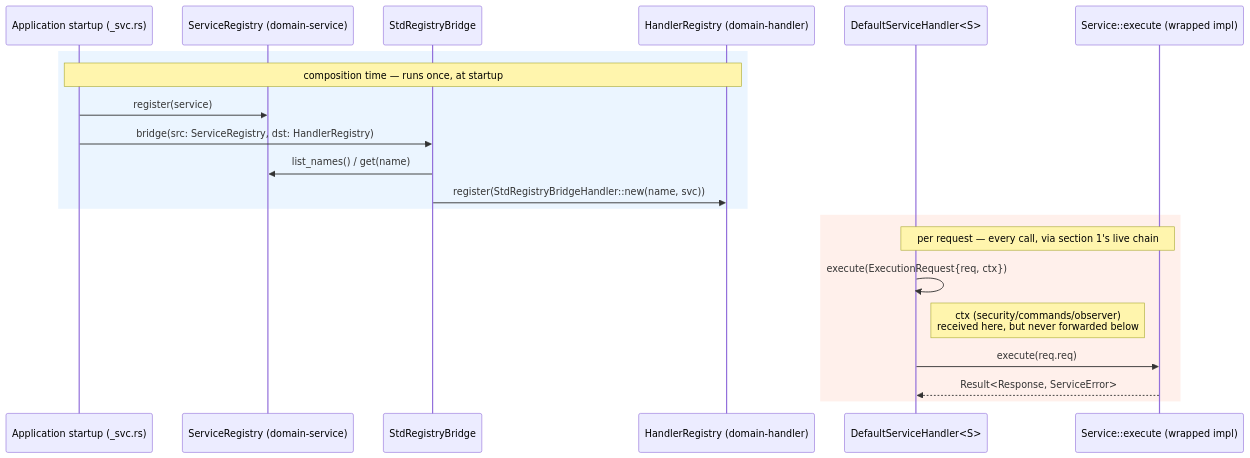
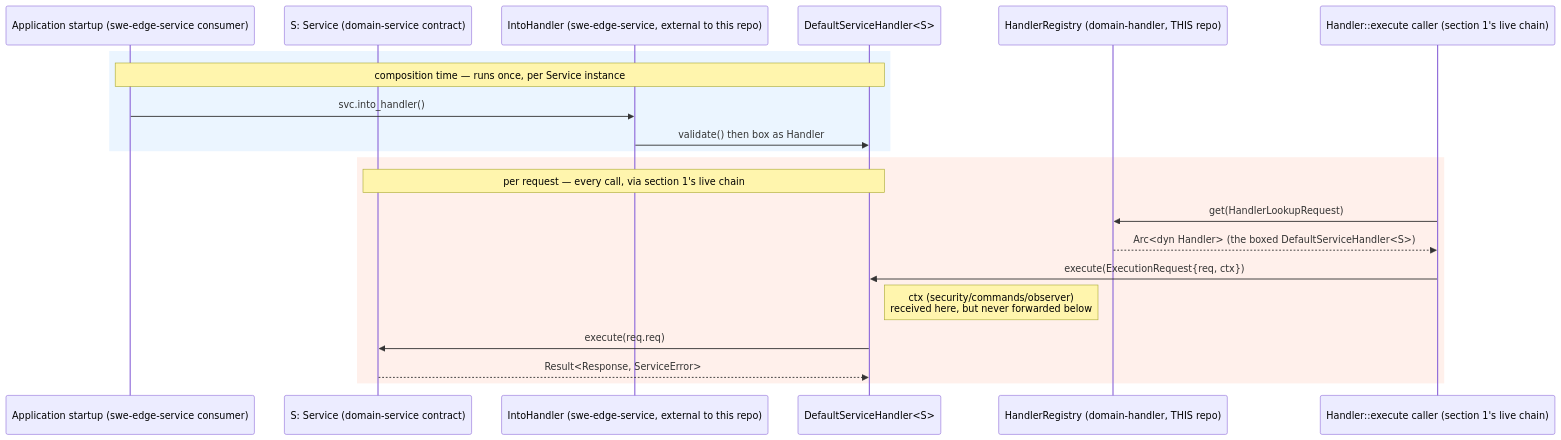
The second of 2 diagrams in scm/docs/3-design/dataflow.md (sweengineeringlabs/edge-domain), drawn with Mermaid before and after one commit. The commit also changed other lines of this file and 4 other files, not shown here.

First line of the commit message:
docs(dataflow): correct stale Service->Handler bridge doc, document Command/Service gap

````diff
--- a/scm/docs/3-design/dataflow.md
+++ b/scm/docs/3-design/dataflow.md
@@ -110,26 +111,26 @@
 ```mermaid
 sequenceDiagram
-    participant App as Application startup (_svc.rs)
-    participant SvcReg as ServiceRegistry (domain-service)
-    participant Bridge as StdRegistryBridge
-    participant HReg as HandlerRegistry (domain-handler)
+    participant App as Application startup (swe-edge-service consumer)
+    participant Svc as S: Service (domain-service contract)
+    participant IH as IntoHandler (swe-edge-service, external to this repo)
+    participant DSH as DefaultServiceHandler<S>
 
     rect rgb(235, 245, 255)
-    Note over App,HReg: composition time — runs once, at startup
-    App->>SvcReg: register(service)
-    App->>Bridge: bridge(src: ServiceRegistry, dst: HandlerRegistry)
-    Bridge->>SvcReg: list_names() / get(name)
-    Bridge->>HReg: register(StdRegistryBridgeHandler::new(name, svc))
+    Note over App,DSH: composition time — runs once, per Service instance
+    App->>IH: svc.into_handler()
+    IH->>DSH: validate() then box as Handler
     end
 
-    participant DSH as DefaultServiceHandler<S>
-    participant Svc as Service::execute (wrapped impl)
+    participant Reg as HandlerRegistry (domain-handler, THIS repo)
+    participant Caller as Handler::execute caller (section 1's live chain)
 
     rect rgb(255, 240, 235)
     Note over DSH,Svc: per request — every call, via section 1's live chain
-    DSH->>DSH: execute(ExecutionRequest{req, ctx})
+    Caller->>Reg: get(HandlerLookupRequest)
+    Reg-->>Caller: Arc<dyn Handler> (the boxed DefaultServiceHandler<S>)
+    Caller->>DSH: execute(ExecutionRequest{req, ctx})
     Note right of DSH: ctx (security/commands/observer)<br/>received here, but never forwarded below
     DSH->>Svc: execute(req.req)
     Svc-->>DSH: Result<Response, ServiceError>
     end
 ```
````
